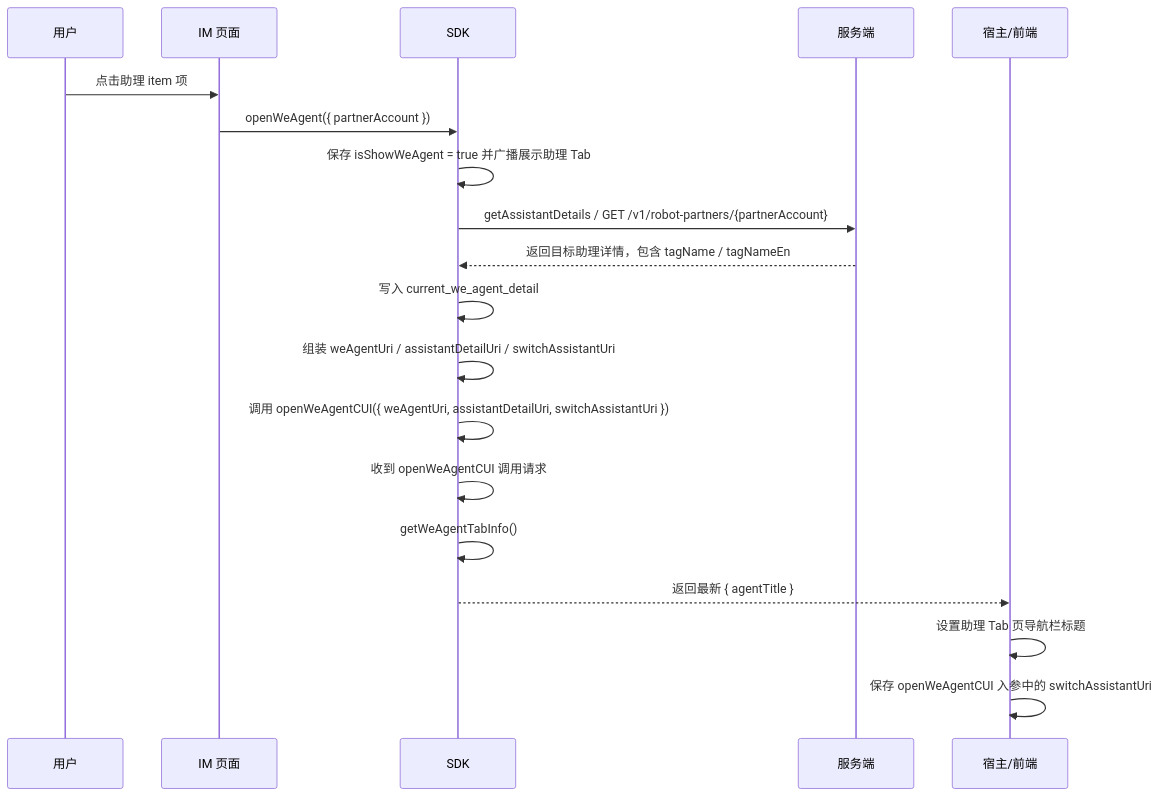
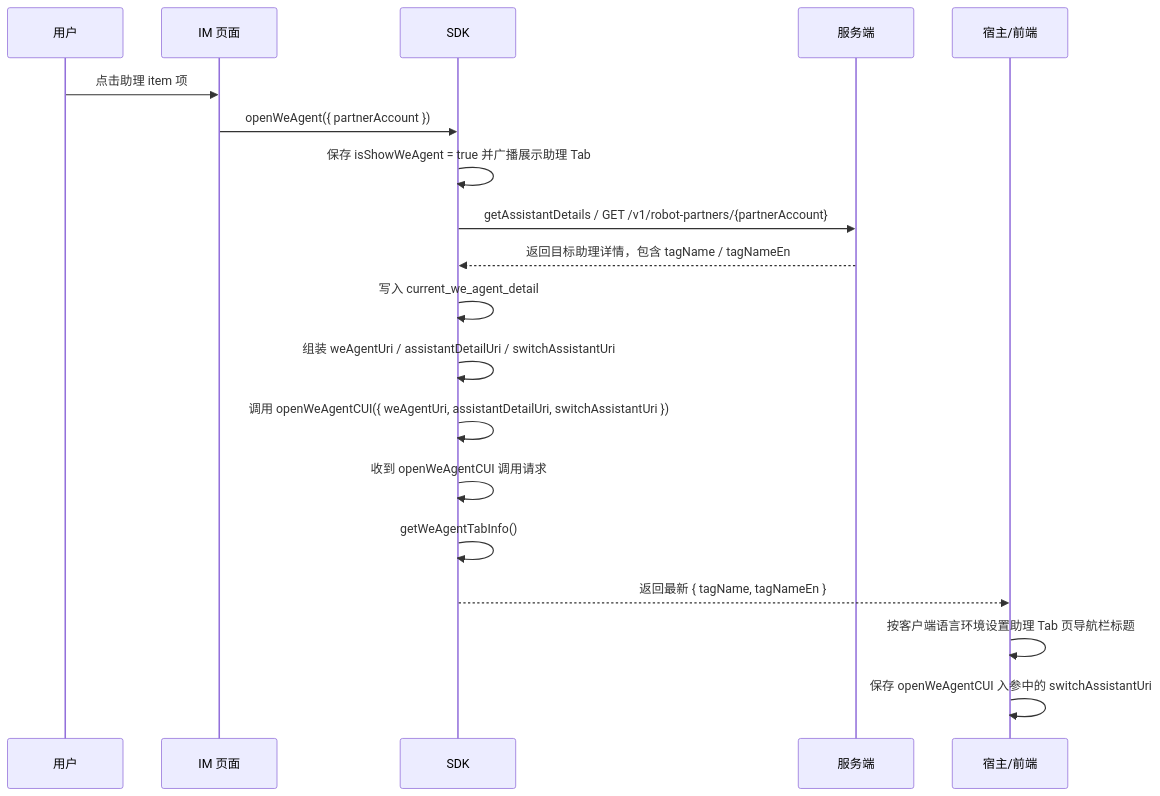
One commit to Abelsjcheng/skillSDK changed the seventh of 7 diagrams in 2026-06-16-we-agent-tab-business-tag-plan.md. Above: the diagram before and after it, drawn with Mermaid. The commit also changed other lines of this file and 1 other file, not shown here.

````diff
--- a/2026-06-16-we-agent-tab-business-tag-plan.md
+++ b/2026-06-16-we-agent-tab-business-tag-plan.md
@@ -171,22 +172,22 @@
 ```mermaid
 sequenceDiagram
     participant User as 用户
     participant IMPage as IM 页面
     participant SDK as SDK
     participant Server as 服务端
     participant Host as 宿主/前端
 
     User->>IMPage: 点击助理 item 项
     IMPage->>SDK: openWeAgent({ partnerAccount })
     SDK->>SDK: 保存 isShowWeAgent = true 并广播展示助理 Tab
     SDK->>Server: getAssistantDetails / GET /v1/robot-partners/{partnerAccount}
     Server-->>SDK: 返回目标助理详情，包含 tagName / tagNameEn
     SDK->>SDK: 写入 current_we_agent_detail
     SDK->>SDK: 组装 weAgentUri / assistantDetailUri / switchAssistantUri
     SDK->>SDK: 调用 openWeAgentCUI({ weAgentUri, assistantDetailUri, switchAssistantUri })
     SDK->>SDK: 收到 openWeAgentCUI 调用请求
     SDK->>SDK: getWeAgentTabInfo()
-    SDK-->>Host: 返回最新 { agentTitle }
-    Host->>Host: 设置助理 Tab 页导航栏标题
+    SDK-->>Host: 返回最新 { tagName, tagNameEn }
+    Host->>Host: 按客户端语言环境设置助理 Tab 页导航栏标题
     Host->>Host: 保存 openWeAgentCUI 入参中的 switchAssistantUri
 ```
````
